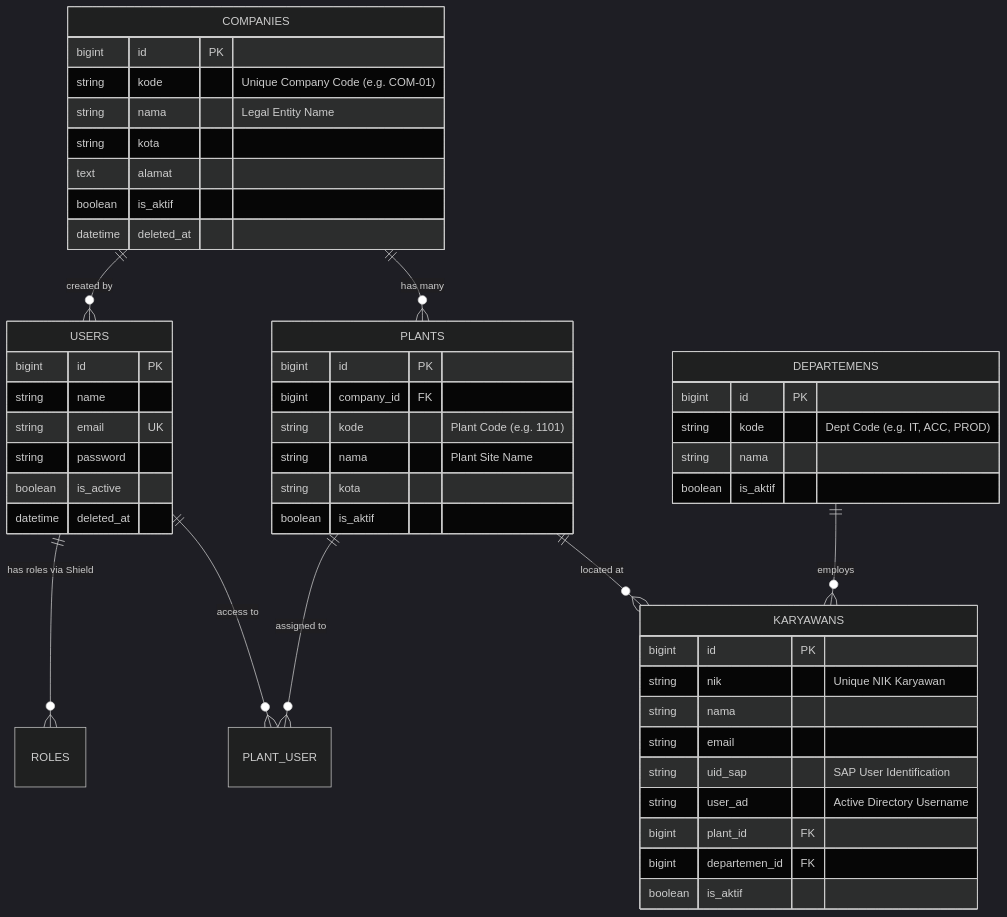
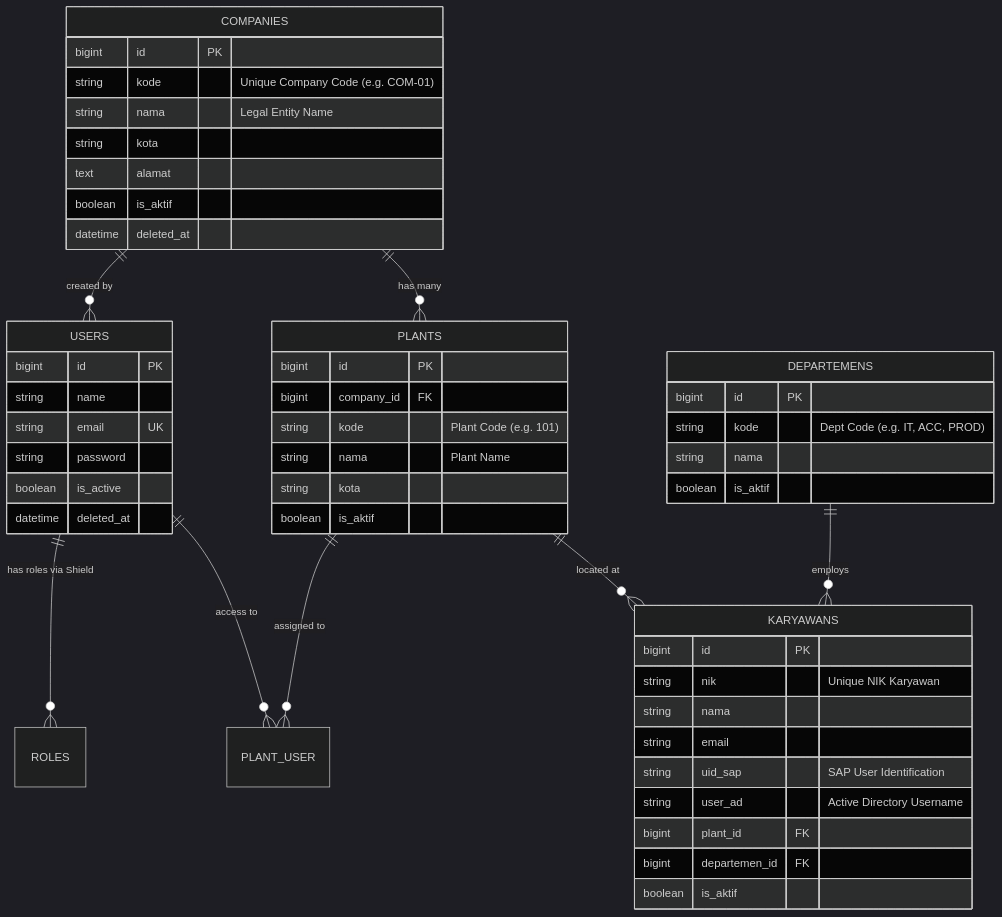
One commit to samery46/apps changed the diagram in docs/modules/01-organization-access-control.md. Above: the diagram before and after it, drawn with Mermaid (dark theme). The commit also changed other lines of this file and 11 other files, not shown here.

````diff
--- a/docs/modules/01-organization-access-control.md
+++ b/docs/modules/01-organization-access-control.md
@@ -33,57 +33,57 @@
 ```mermaid
 erDiagram
     COMPANIES ||--o{ PLANTS : "has many"
     COMPANIES ||--o{ USERS : "created by"
     PLANTS ||--o{ KARYAWANS : "located at"
     PLANTS ||--o{ PLANT_USER : "assigned to"
     USERS ||--o{ PLANT_USER : "access to"
     DEPARTEMENS ||--o{ KARYAWANS : "employs"
     USERS ||--o{ ROLES : "has roles via Shield"
     
     COMPANIES {
         bigint id PK
         string kode "Unique Company Code (e.g. COM-01)"
         string nama "Legal Entity Name"
         string kota
         text alamat
         boolean is_aktif
         datetime deleted_at
     }
 
     PLANTS {
         bigint id PK
         bigint company_id FK
-        string kode "Plant Code (e.g. 1101)"
-        string nama "Plant Site Name"
+        string kode "Plant Code (e.g. 101)"
+        string nama "Plant Name"
         string kota
         boolean is_aktif
     }
 
     DEPARTEMENS {
         bigint id PK
         string kode "Dept Code (e.g. IT, ACC, PROD)"
         string nama
         boolean is_aktif
     }
 
     KARYAWANS {
         bigint id PK
         string nik "Unique NIK Karyawan"
         string nama
         string email
         string uid_sap "SAP User Identification"
         string user_ad "Active Directory Username"
         bigint plant_id FK
         bigint departemen_id FK
         boolean is_aktif
     }
 
     USERS {
         bigint id PK
         string name
         string email UK
         string password
         boolean is_active
         datetime deleted_at
     }
 ```
````
